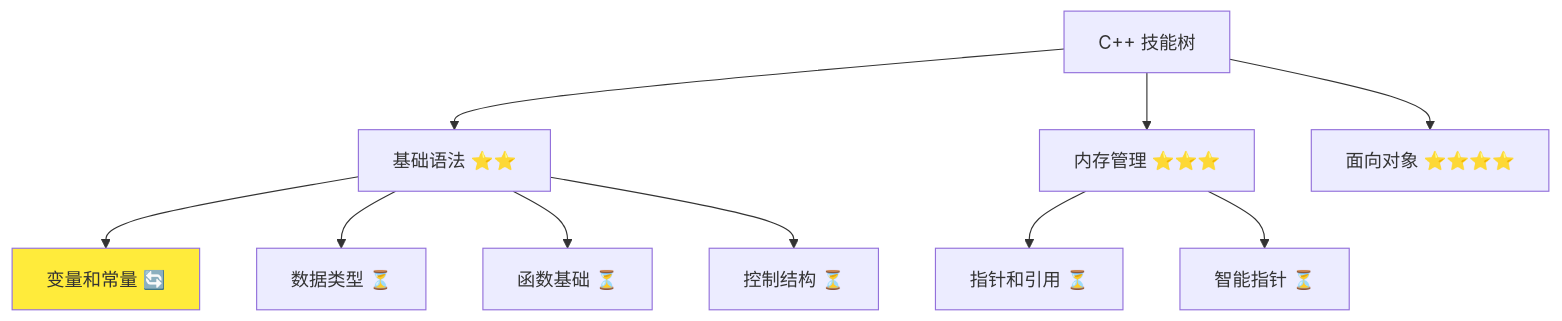
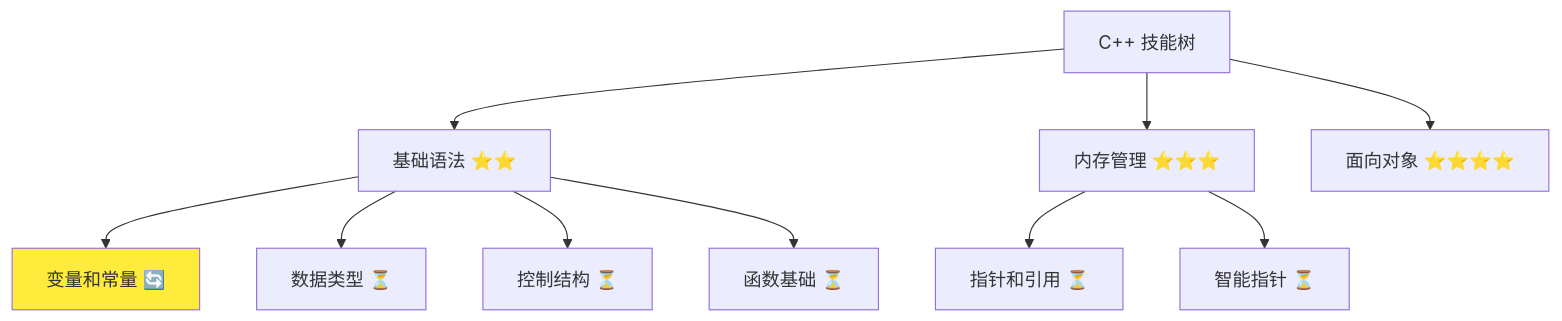
One commit to IdEvEbI/QtLanChat-FeiQClone changed the third of 3 diagrams in docs/stage1/01-cpp-introduction.md. Above: the diagram before and after it, drawn with Mermaid. The commit also changed other lines of this file, not shown here.

````diff
--- a/docs/stage1/01-cpp-introduction.md
+++ b/docs/stage1/01-cpp-introduction.md
@@ -535,16 +534,16 @@
 ```mermaid
 graph TD
     A[C++ 技能树] --> B[基础语法 ⭐⭐]
     A --> C[内存管理 ⭐⭐⭐]
     A --> D[面向对象 ⭐⭐⭐⭐]
 
     B --> B1[变量和常量 🔄]
     B --> B2[数据类型 ⏳]
-    B --> B3[函数基础 ⏳]
-    B --> B4[控制结构 ⏳]
+    B --> B3[控制结构 ⏳]
+    B --> B4[函数基础 ⏳]
 
     C --> C1[指针和引用 ⏳]
     C --> C2[智能指针 ⏳]
 
     style B1 fill:#ffeb3b
 ```
````
